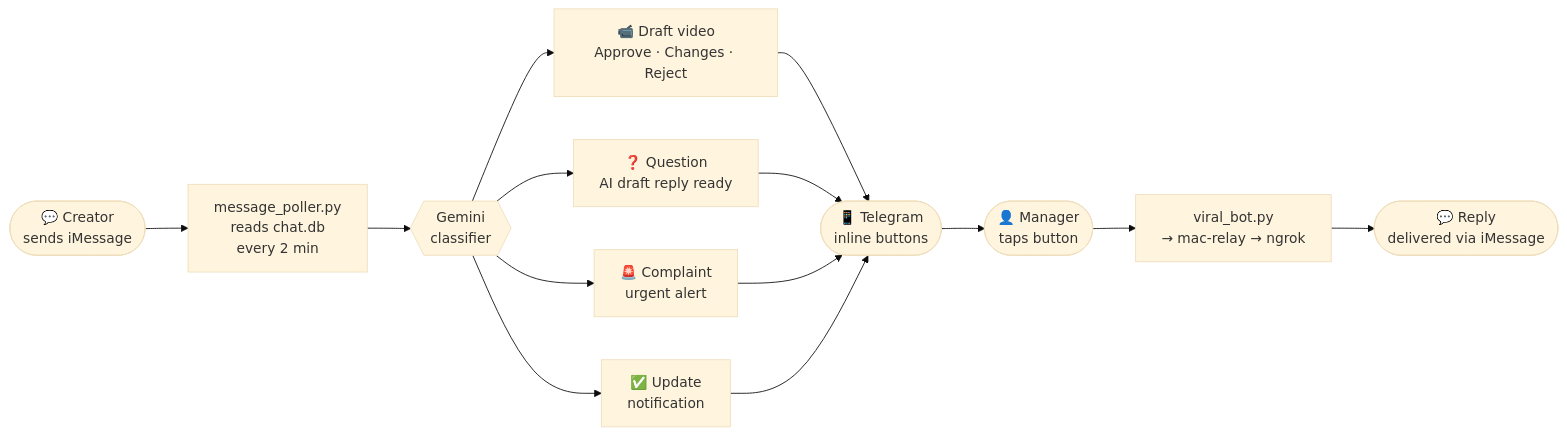
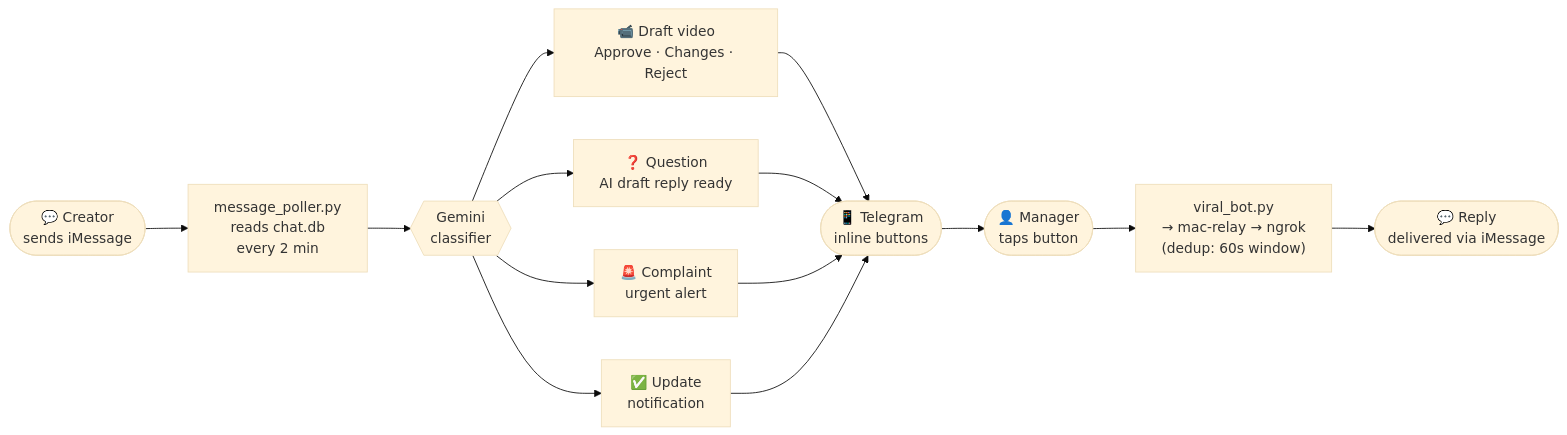
Before and after one commit to RubenLovera/viral-agent: the third of 4 diagrams in README.md, drawn with Mermaid (base theme). The commit also changed other lines of this file and 4 other files, not shown here.

````diff
--- a/README.md
+++ b/README.md
@@ -103,18 +124,18 @@
 ```mermaid
 graph LR
     A(["💬 Creator\nsends iMessage"])
     B["message_poller.py\nreads chat.db\nevery 2 min"]
     C{{"Gemini\nclassifier"}}
     D1["📹 Draft video\nApprove · Changes · Reject"]
     D2["❓ Question\nAI draft reply ready"]
     D3["🚨 Complaint\nurgent alert"]
     D4["✅ Update\nnotification"]
     E(["📱 Telegram\ninline buttons"])
     F(["👤 Manager\ntaps button"])
-    G["viral_bot.py\n→ mac-relay → ngrok"]
+    G["viral_bot.py\n→ mac-relay → ngrok\n(dedup: 60s window)"]
     H(["💬 Reply\ndelivered via iMessage"])
 
     A --> B --> C
     C --> D1 & D2 & D3 & D4
     D1 & D2 & D3 & D4 --> E --> F --> G --> H
 ```
````
